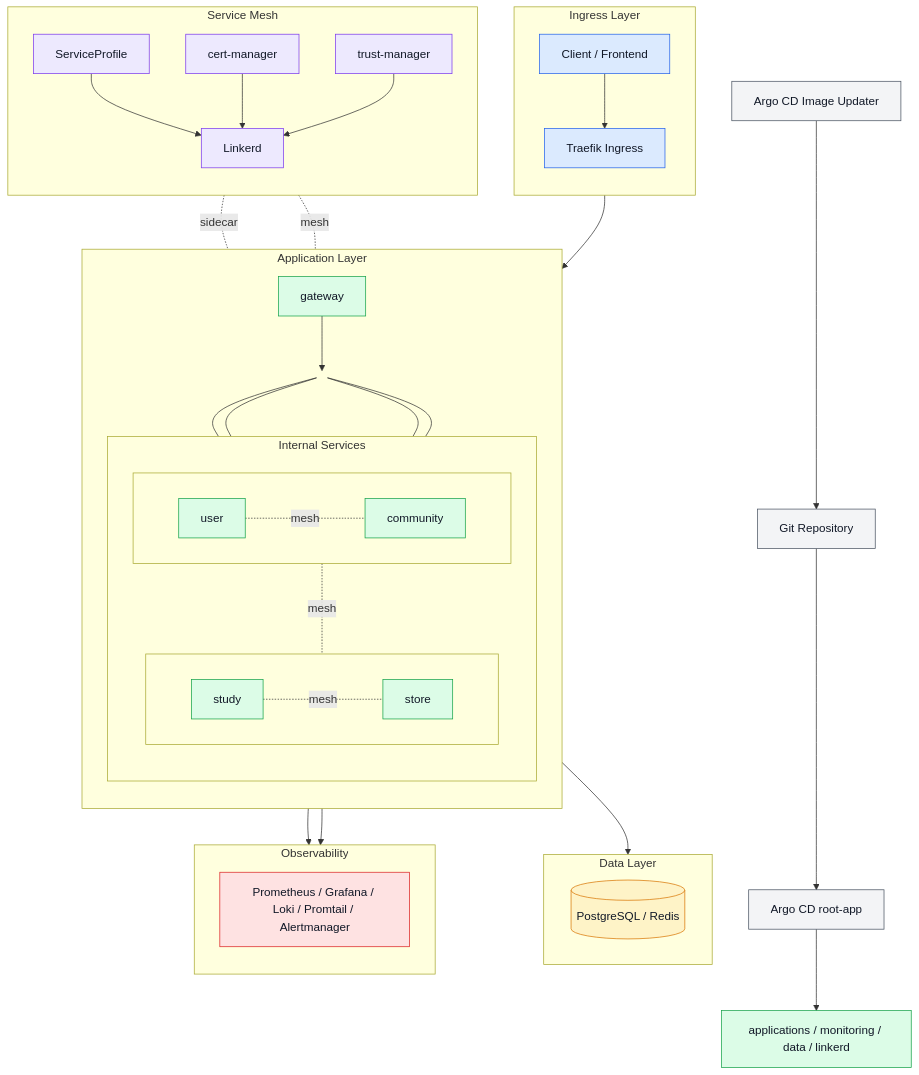
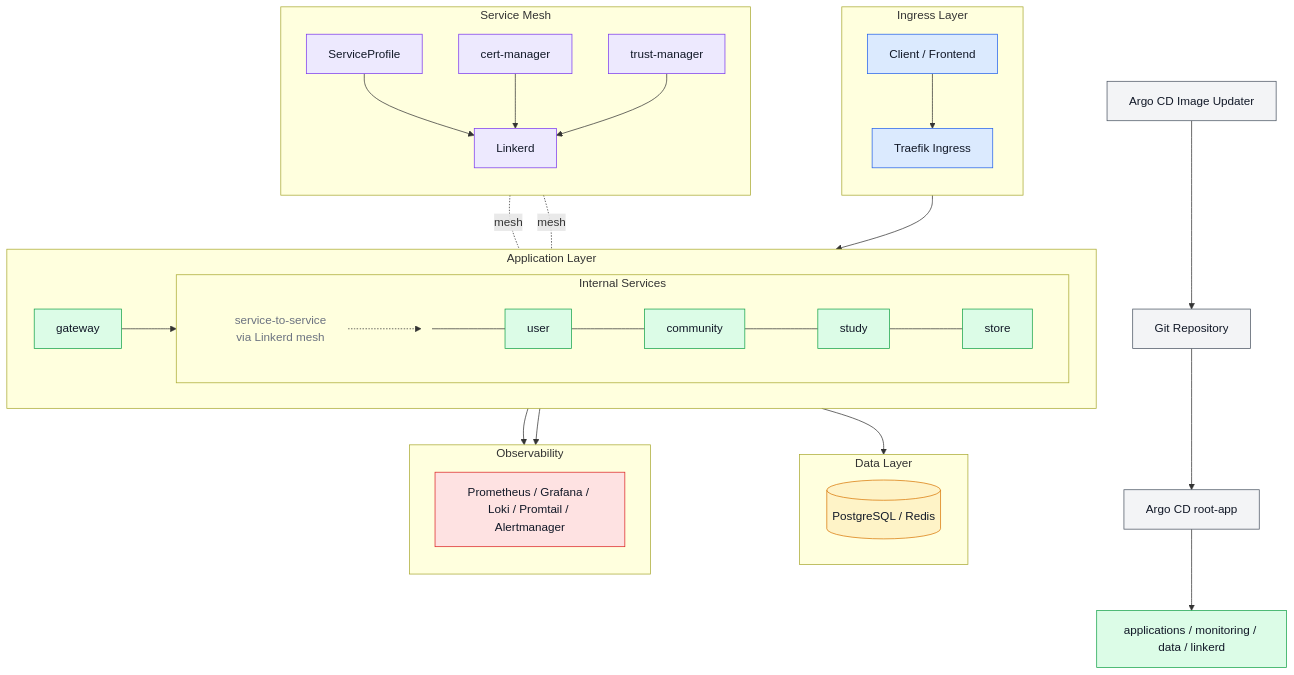
The diagram in README.md (checkMateit/checkmate-kubernetes), drawn with Mermaid before and after one commit.

````diff
--- a/README.md
+++ b/README.md
@@ -37,32 +37,24 @@
     end
 
     subgraph App["Application Layer"]
-        direction TB
+        direction LR
         Gateway[gateway]
 
         subgraph ServicesBox["Internal Services"]
-            direction TB
-            subgraph ServicesRow1[" "]
-                direction LR
-                User[user]
-                Community[community]
-            end
-            subgraph ServicesRow2[" "]
-                direction LR
-                Study[study]
-                Store[store]
-            end
+            direction LR
+            ServicesAnchor(( ))
+            User[user]
+            Community[community]
+            Study[study]
+            Store[store]
+            MeshNote[service-to-service<br/>via Linkerd mesh]
 
-            User -. mesh .- Community
-            Community -. mesh .- Study
-            Study -. mesh .- Store
+            ServicesAnchor --- User
+            User --- Community
+            Community --- Study
+            Study --- Store
+            MeshNote -.-> ServicesAnchor
         end
-
-        ServicesAnchor(( ))
-        ServicesAnchor --- User
-        ServicesAnchor --- Community
-        ServicesAnchor --- Study
-        ServicesAnchor --- Store
 
         Traefik --> Gateway
         Gateway --> ServicesAnchor
@@ -83,7 +75,7 @@
         TrustManager[trust-manager]
     end
 
-    Linkerd -. sidecar .- Gateway
+    Linkerd -. mesh .- Gateway
     Linkerd -. mesh .- ServicesAnchor
     ServiceProfile --> Linkerd
     CertManager --> Linkerd
@@ -106,4 +98,5 @@
     class Linkerd,ServiceProfile,CertManager,TrustManager mesh;
     class Monitoring obs;
     style ServicesAnchor fill:transparent,stroke:transparent,color:transparent;
+    style MeshNote fill:transparent,stroke:transparent,color:#6b7280;
 ```
````
